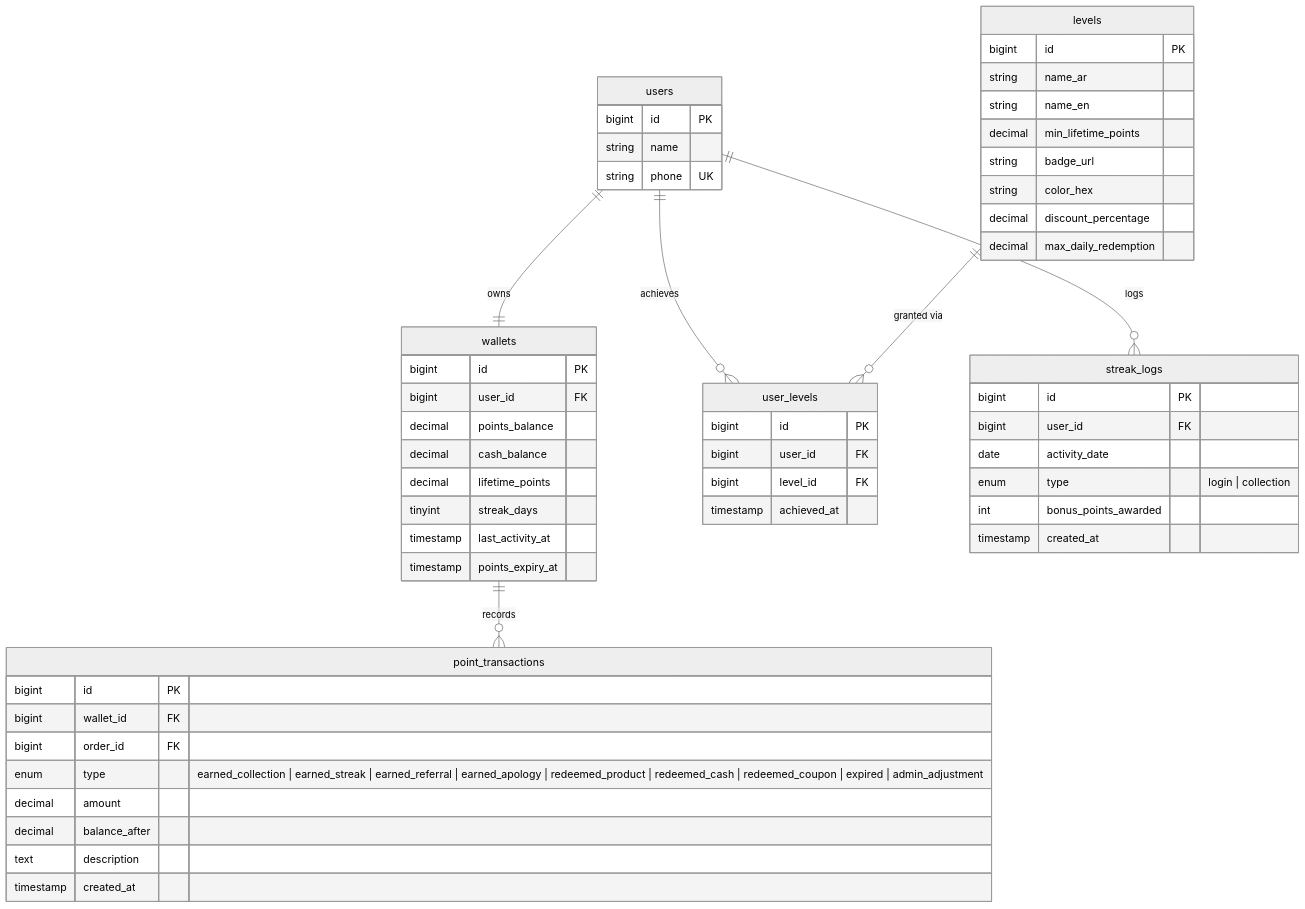
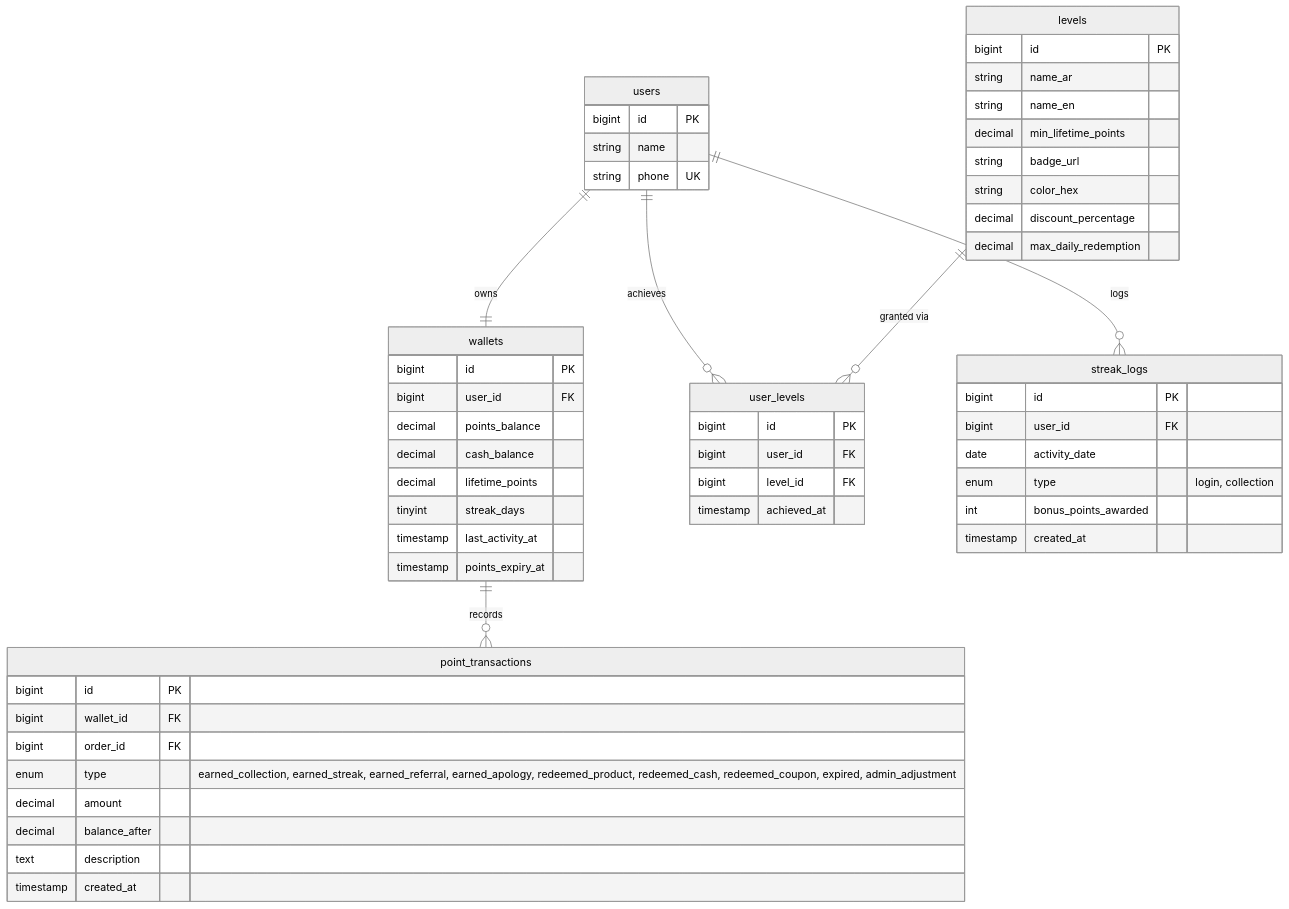
The sixth of 31 diagrams in user prd.md (MohamedThabt/Rebekia-docs), drawn with Mermaid (neutral theme) before and after one commit. The commit also changed other lines of this file, not shown here.

Commit message:
chore: fix mermaid diagram syntax for github rendering

````diff
--- a/user prd.md
+++ b/user prd.md
@@ -447,63 +449,63 @@
 ```mermaid
 erDiagram
     users {
         bigint id PK
         string name
         string phone UK
     }
 
     wallets {
         bigint id PK
         bigint user_id FK
         decimal points_balance
         decimal cash_balance
         decimal lifetime_points
         tinyint streak_days
         timestamp last_activity_at
         timestamp points_expiry_at
     }
 
     point_transactions {
         bigint id PK
         bigint wallet_id FK
         bigint order_id FK
-        enum type "earned_collection | earned_streak | earned_referral | earned_apology | redeemed_product | redeemed_cash | redeemed_coupon | expired | admin_adjustment"
+        enum type "earned_collection, earned_streak, earned_referral, earned_apology, redeemed_product, redeemed_cash, redeemed_coupon, expired, admin_adjustment"
         decimal amount
         decimal balance_after
         text description
         timestamp created_at
     }
 
     levels {
         bigint id PK
         string name_ar
         string name_en
         decimal min_lifetime_points
         string badge_url
         string color_hex
         decimal discount_percentage
         decimal max_daily_redemption
     }
 
     user_levels {
         bigint id PK
         bigint user_id FK
         bigint level_id FK
         timestamp achieved_at
     }
 
     streak_logs {
         bigint id PK
         bigint user_id FK
         date activity_date
-        enum type "login | collection"
+        enum type "login, collection"
         int bonus_points_awarded
         timestamp created_at
     }
 
     users         ||--|| wallets           : "owns"
     wallets        ||--o{ point_transactions : "records"
     users          ||--o{ user_levels       : "achieves"
     levels         ||--o{ user_levels       : "granted via"
     users          ||--o{ streak_logs       : "logs"
 ```
````
